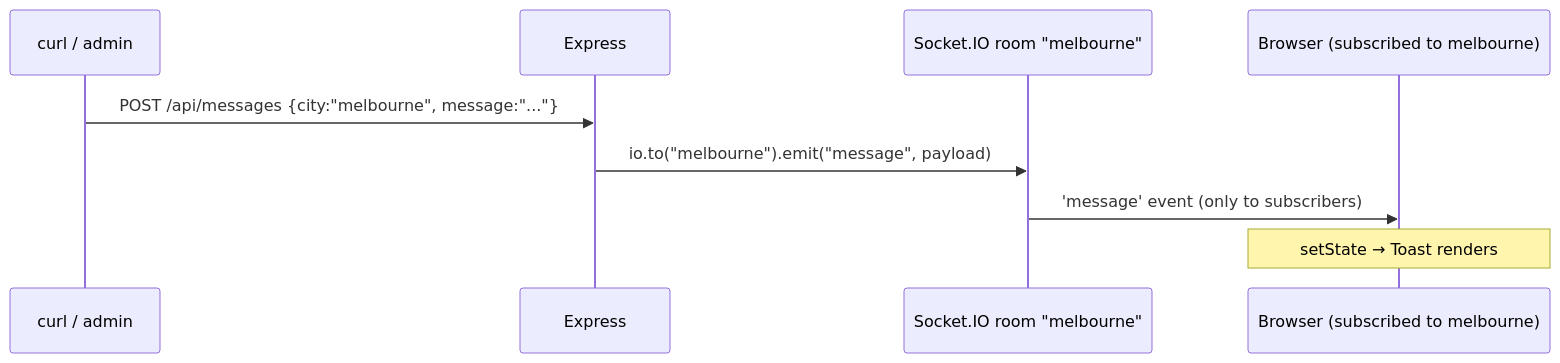
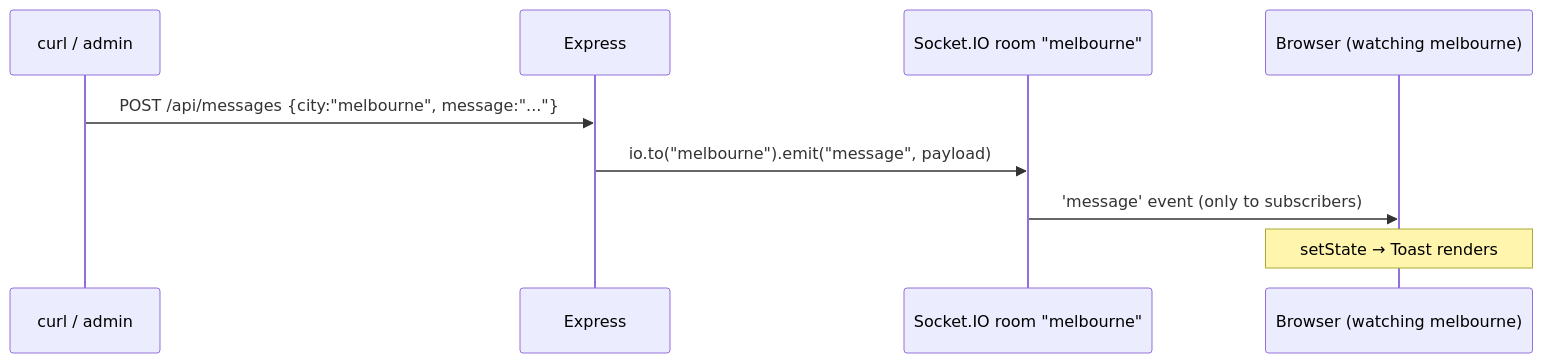
One commit to Vishalr61/weather-live changed the first of 2 diagrams in README.md. Above: the diagram before and after it, drawn with Mermaid. The commit also changed other lines of this file and 9 other files, not shown here.

````diff
--- a/README.md
+++ b/README.md
@@ -74,12 +74,12 @@
 ```mermaid
 sequenceDiagram
     participant A as curl / admin
     participant B as Express
     participant C as Socket.IO room "melbourne"
-    participant D as Browser (subscribed to melbourne)
+    participant D as Browser (watching melbourne)
 
     A->>B: POST /api/messages {city:"melbourne", message:"..."}
     B->>C: io.to("melbourne").emit("message", payload)
     C->>D: 'message' event (only to subscribers)
     Note over D: setState → Toast renders
 ```
````
